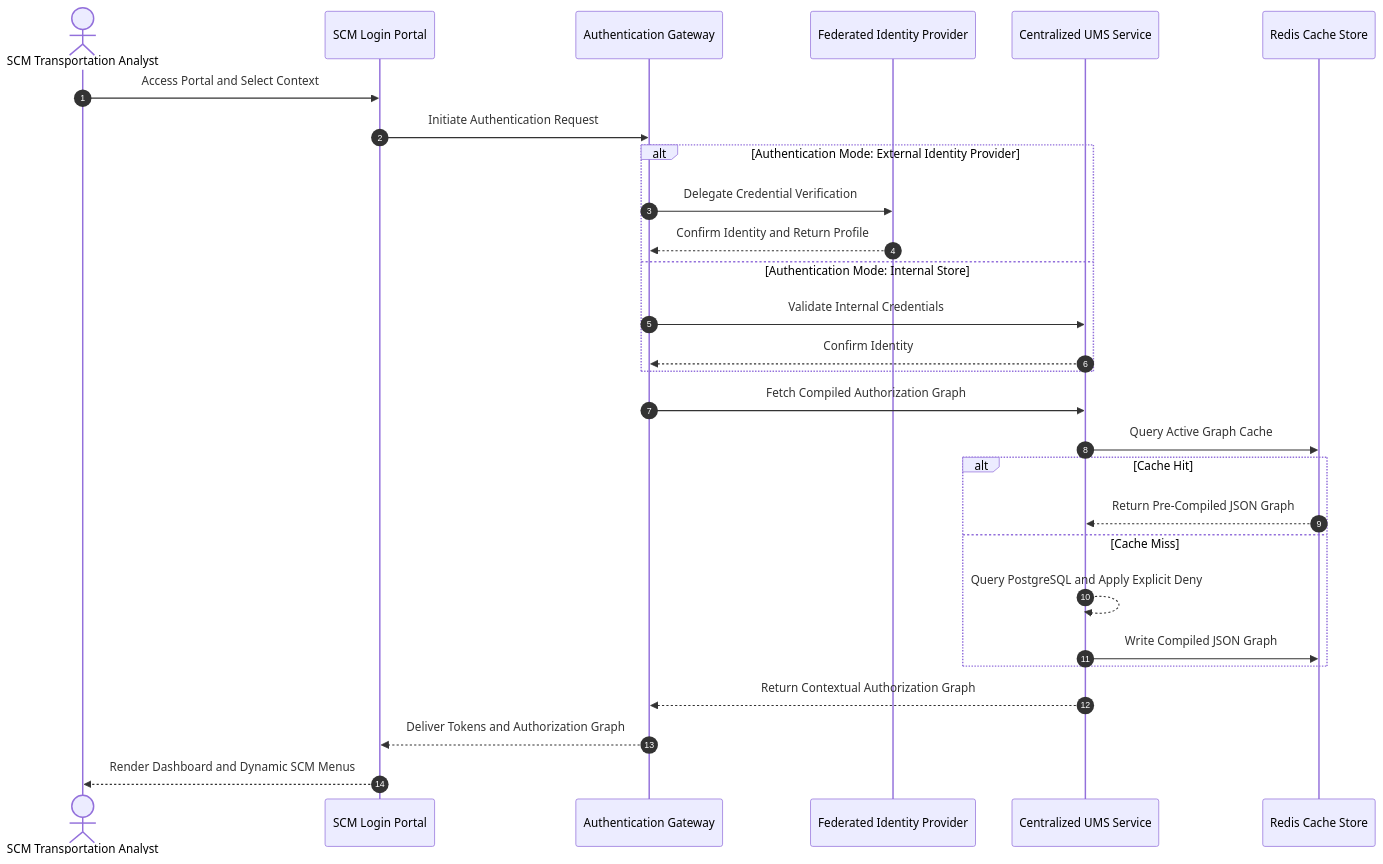
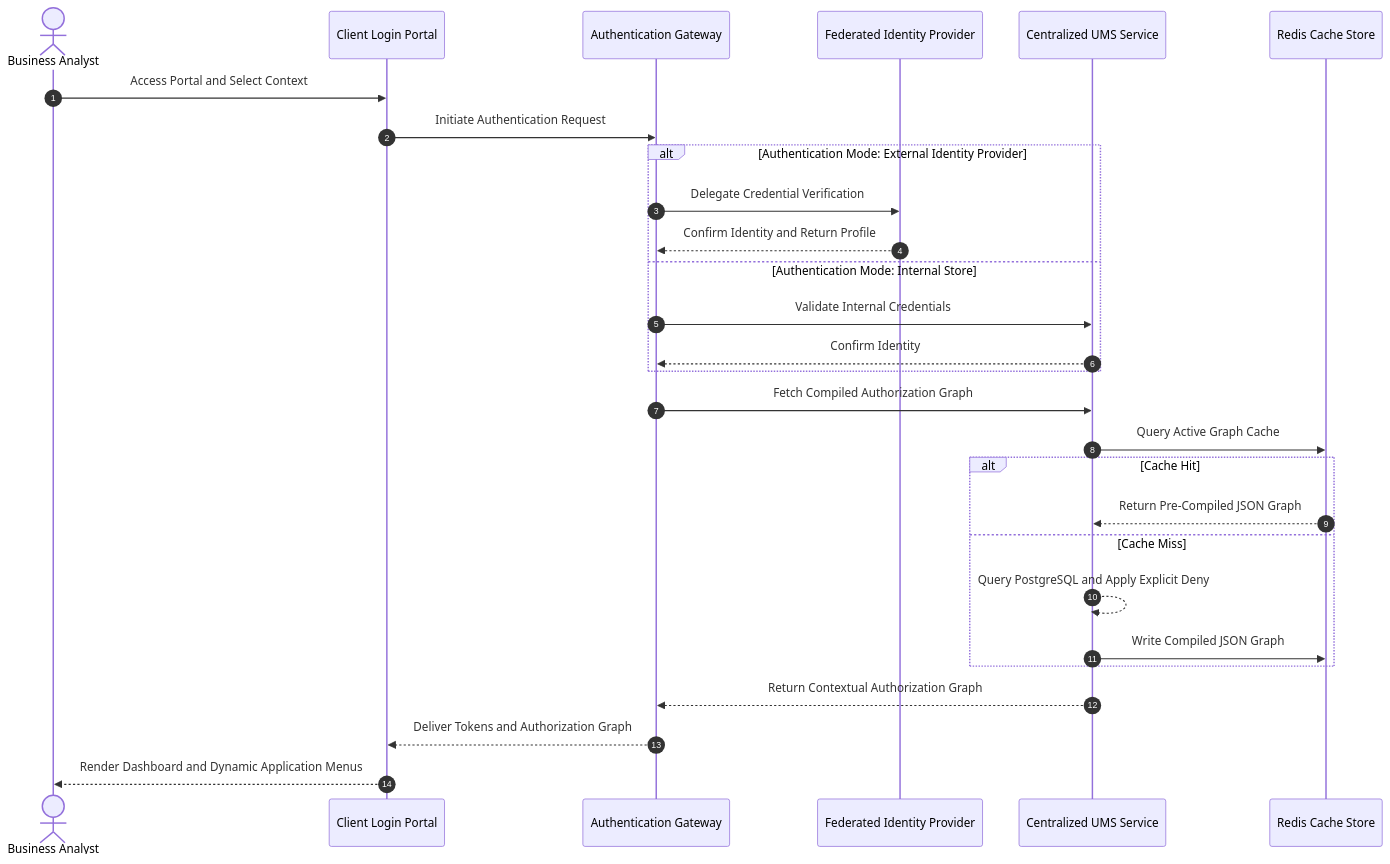
One commit to beyondnetcode/ums changed the diagram in src/ums-workspace/docs/en/04-artifacts/enterprise-iam-ums-specification.md. Above: the diagram before and after it, drawn with Mermaid. The commit also changed other lines of this file and 132 other files, not shown here.

````diff
--- a/src/ums-workspace/docs/en/04-artifacts/enterprise-iam-ums-specification.md
+++ b/src/ums-workspace/docs/en/04-artifacts/enterprise-iam-ums-specification.md
@@ -45,31 +45,31 @@
 ```mermaid
 sequenceDiagram
     autonumber
-    actor Analyst as SCM Transportation Analyst
-    participant Portal as SCM Login Portal
+    actor Analyst as Business Analyst
+    participant Portal as Client Login Portal
     participant Gateway as Authentication Gateway
     participant IdP as Federated Identity Provider
     participant UMS as Centralized UMS Service
     participant Cache as Redis Cache Store
 
     Analyst->>Portal: Access Portal and Select Context
     Portal->>Gateway: Initiate Authentication Request
     alt Authentication Mode: External Identity Provider
         Gateway->>IdP: Delegate Credential Verification
         IdP-->>Gateway: Confirm Identity and Return Profile
     else Authentication Mode: Internal Store
         Gateway->>UMS: Validate Internal Credentials
         UMS-->>Gateway: Confirm Identity
     end
     Gateway->>UMS: Fetch Compiled Authorization Graph
     UMS->>Cache: Query Active Graph Cache
     alt Cache Hit
         Cache-->>UMS: Return Pre-Compiled JSON Graph
     else Cache Miss
         UMS-->>UMS: Query PostgreSQL and Apply Explicit Deny
         UMS->>Cache: Write Compiled JSON Graph
     end
     UMS-->>Gateway: Return Contextual Authorization Graph
     Gateway-->>Portal: Deliver Tokens and Authorization Graph
-    Portal-->>Analyst: Render Dashboard and Dynamic SCM Menus
+    Portal-->>Analyst: Render Dashboard and Dynamic Application Menus
 ```
````
